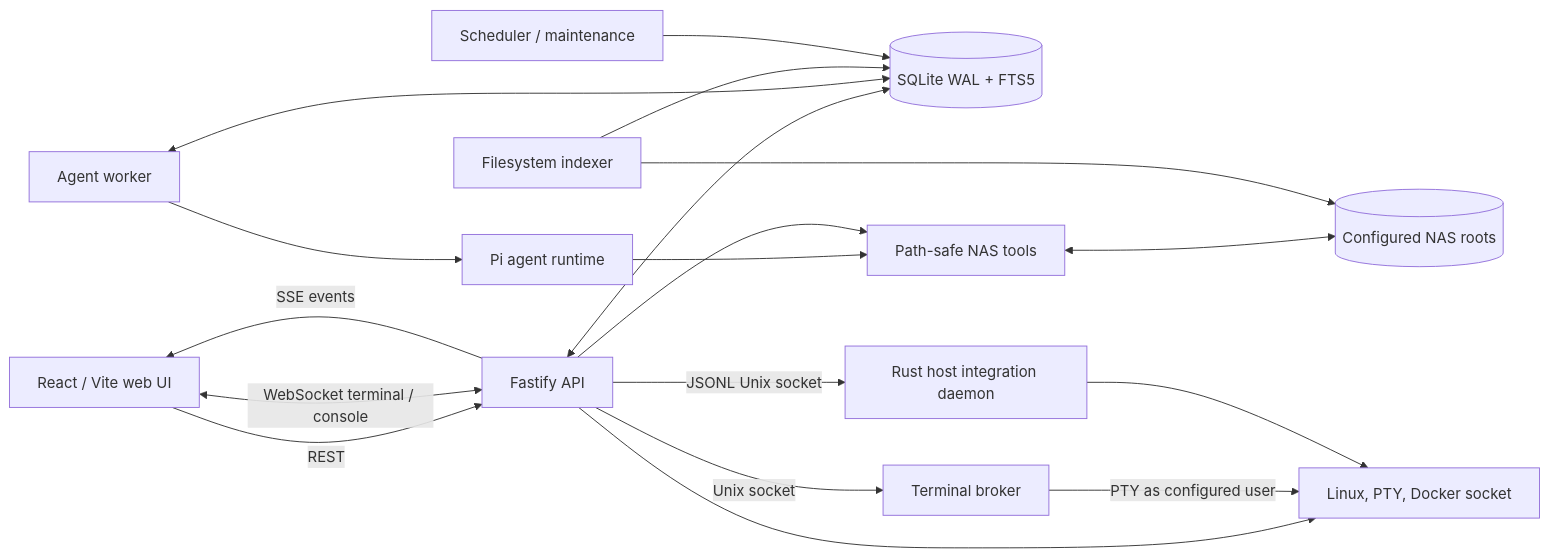
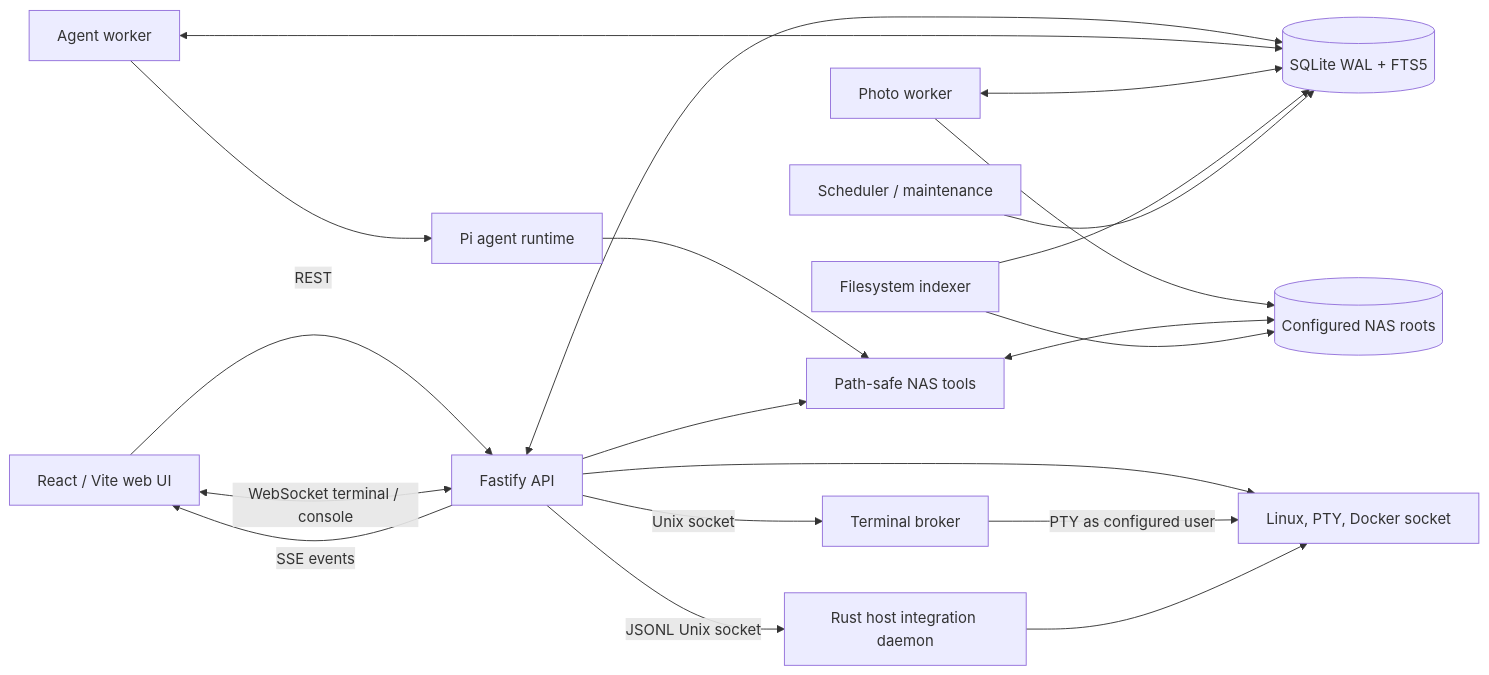
One commit to zhubby/SigmaOS changed the diagram in README.md. Above: the diagram before and after it, drawn with Mermaid. The commit also changed other lines of this file and 53 other files, not shown here.

````diff
--- a/README.md
+++ b/README.md
@@ -69,32 +76,35 @@
 ```mermaid
 flowchart LR
   Browser["React / Vite web UI"]
   API["Fastify API"]
   DB[("SQLite WAL + FTS5")]
   Worker["Agent worker"]
+  PhotoWorker["Photo worker"]
   Agent["Pi agent runtime"]
   Indexer["Filesystem indexer"]
   Scheduler["Scheduler / maintenance"]
   Tools["Path-safe NAS tools"]
   Roots[("Configured NAS roots")]
   Host["Linux, PTY, Docker socket"]
   Hostd["Rust host integration daemon"]
 
   Browser -->|REST| API
   API -->|SSE events| Browser
   Browser <-->|WebSocket terminal / console| API
   API <--> DB
   Worker <--> DB
   Worker --> Agent
+  PhotoWorker <--> DB
+  PhotoWorker --> Roots
   Agent --> Tools
   API --> Tools
   Tools <--> Roots
   Indexer --> Roots
   Indexer --> DB
   Scheduler --> DB
   API --> Host
   API -->|Unix socket| TerminalBroker[Terminal broker]
   TerminalBroker -->|PTY as configured user| Host
   API -->|JSONL Unix socket| Hostd
   Hostd --> Host
 ```
````
